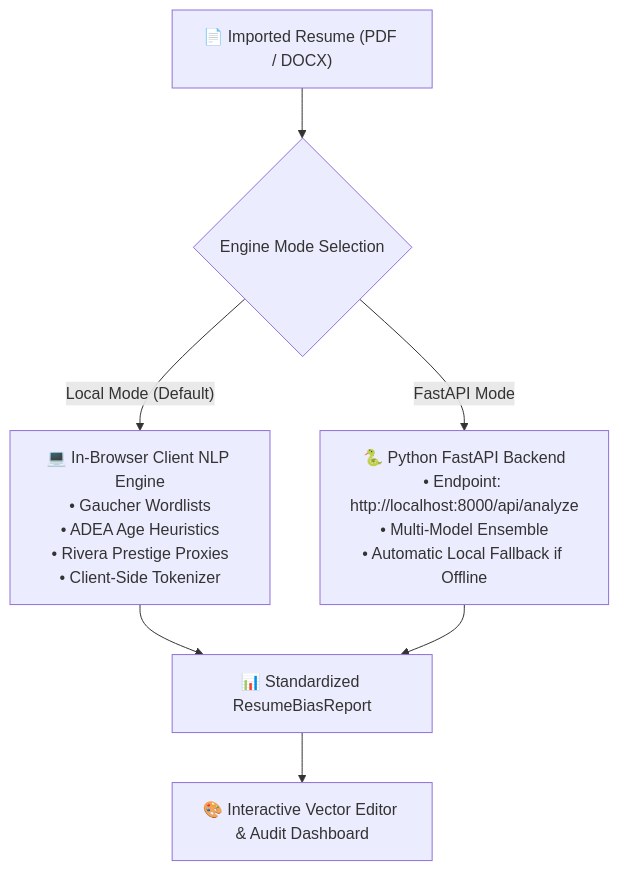
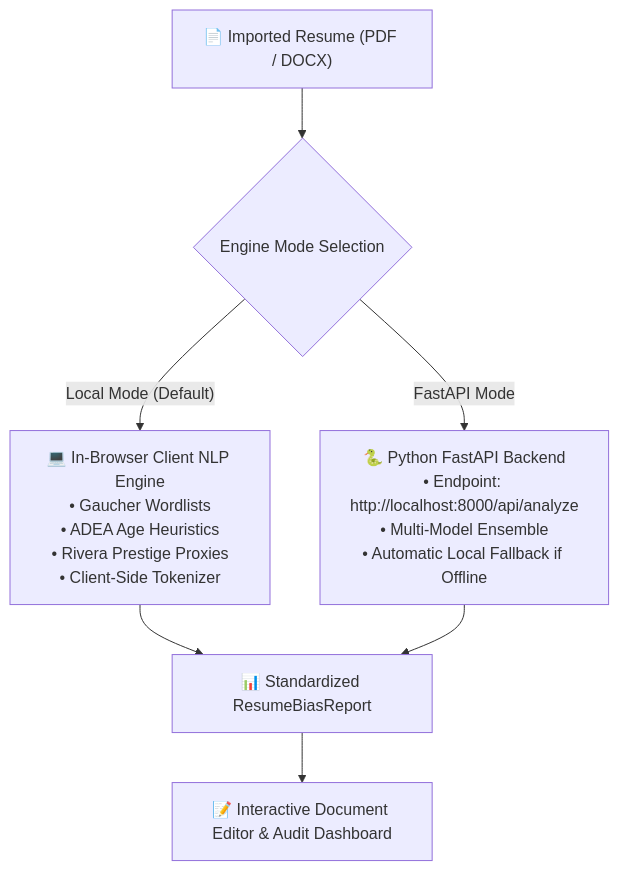
The diagram in README.md (Sanchit-Agarwal-27/ResumeBiasDetector), drawn with Mermaid before and after one commit. The commit also changed other lines of this file and 19 other files, not shown here.

````diff
--- a/README.md
+++ b/README.md
@@ -96,9 +95,9 @@
 ```mermaid
 flowchart TD
     UserResume["📄 Imported Resume (PDF / DOCX)"] --> Router{"Engine Mode Selection"}
     Router -->|"Local Mode (Default)"| ClientNLP["💻 In-Browser Client NLP Engine\n• Gaucher Wordlists\n• ADEA Age Heuristics\n• Rivera Prestige Proxies\n• Client-Side Tokenizer"]
     Router -->|"FastAPI Mode"| RemoteServer["🐍 Python FastAPI Backend\n• Endpoint: http://localhost:8000/api/analyze\n• Multi-Model Ensemble\n• Automatic Local Fallback if Offline"]
     ClientNLP --> Report["📊 Standardized ResumeBiasReport"]
     RemoteServer --> Report
-    Report --> Canvas["🎨 Interactive Vector Editor & Audit Dashboard"]
+    Report --> Editor["📝 Interactive Document Editor & Audit Dashboard"]
 ```
````
